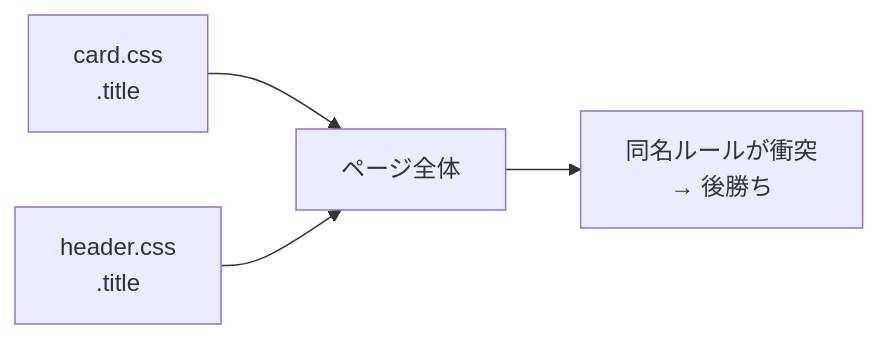
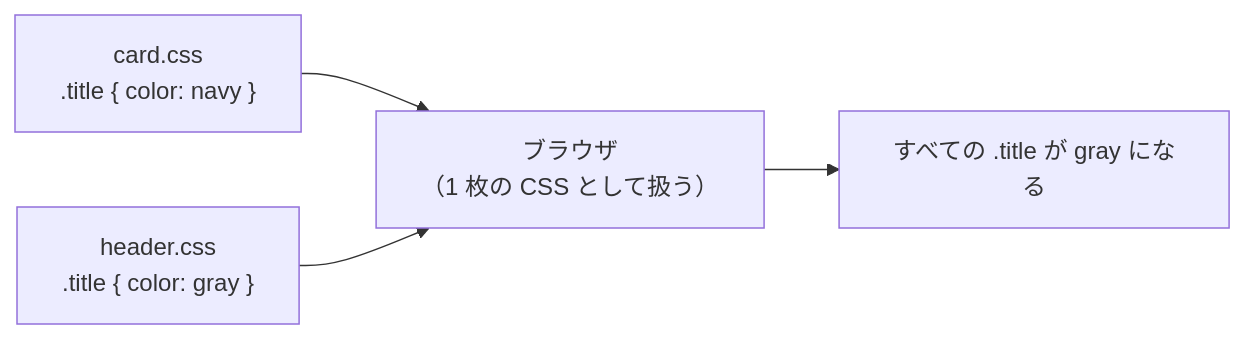
The first of 2 diagrams in docs/drafts/054/index.md (ozaki25/web-front-training-ozaki25), drawn with Mermaid before and after one commit. The commit also changed other lines of this file, not shown here.

````diff
--- a/docs/drafts/054/index.md
+++ b/docs/drafts/054/index.md
@@ -34,6 +112,6 @@
 ```mermaid
 flowchart LR
-  A["card.css<br/>.title"] --> P["ページ全体"]
-  B["header.css<br/>.title"] --> P
-  P --> X["同名ルールが衝突<br/>→ 後勝ち"]
+  A["card.css\n.title { color: navy }"] --> P["ブラウザ\n（1 枚の CSS として扱う）"]
+  B["header.css\n.title { color: gray }"] --> P
+  P --> X["すべての .title が gray になる"]
 ```
````
